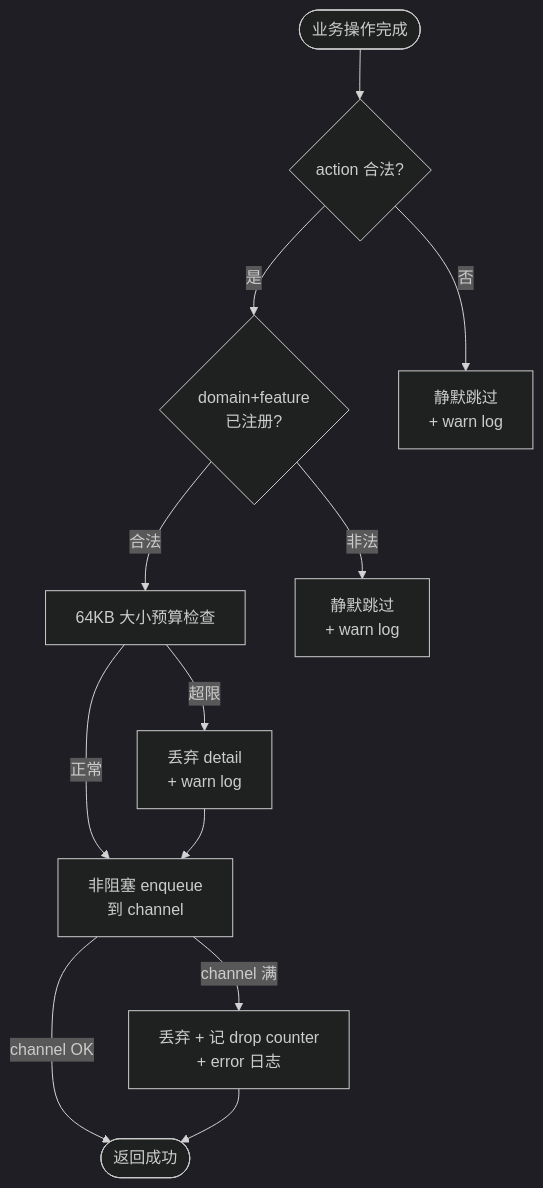
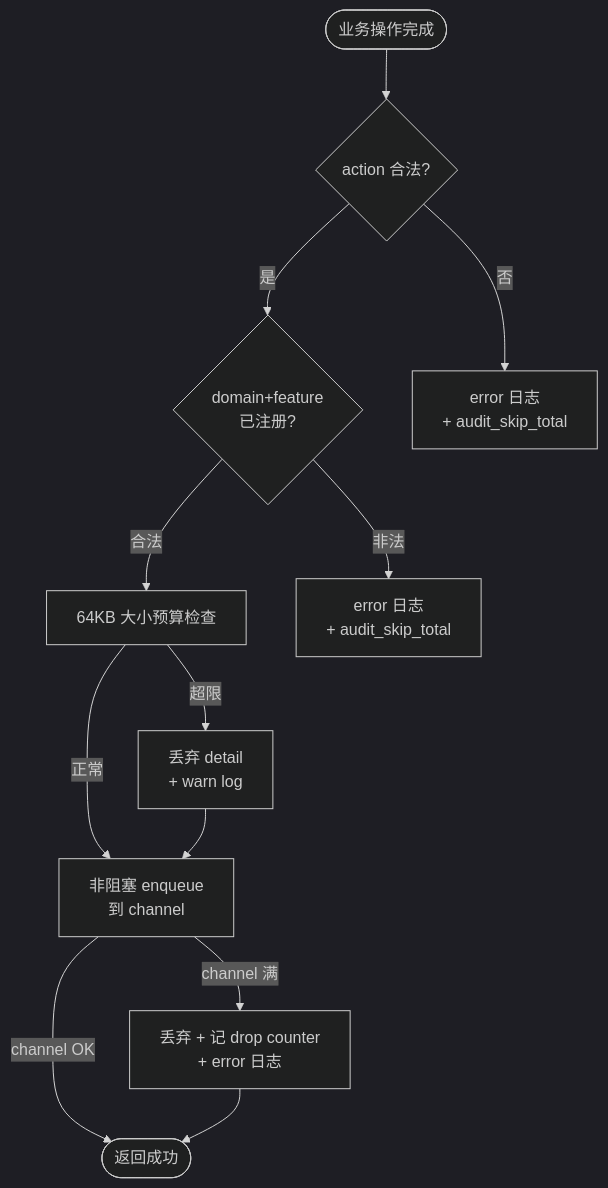
The first of 4 diagrams in specs/20260626-Wave-Feat-AddAuditLog/04-detail-pg.md (qinwenshiCH/workflow), drawn with Mermaid (dark theme) before and after one commit. The commit also changed other lines of this file and 4 other files, not shown here.

````diff
--- a/specs/20260626-Wave-Feat-AddAuditLog/04-detail-pg.md
+++ b/specs/20260626-Wave-Feat-AddAuditLog/04-detail-pg.md
@@ -486,17 +482,17 @@
 ```mermaid
 flowchart TD
     Start([业务操作完成]) --> Check{action 合法?}
     Check -->|是| Validate{domain+feature<br/>已注册?}
-    Check -->|否| Skip1[静默跳过<br/>+ warn log]
+    Check -->|否| Skip1[error 日志<br/>+ audit_skip_total]
 
     Validate -->|合法| CheckSize[64KB 大小预算检查]
-    Validate -->|非法| Skip2[静默跳过<br/>+ warn log]
+    Validate -->|非法| Skip2[error 日志<br/>+ audit_skip_total]
 
     CheckSize -->|超限| DropDetail[丢弃 detail<br/>+ warn log]
     CheckSize -->|正常| Enqueue[非阻塞 enqueue<br/>到 channel]
     DropDetail --> Enqueue
 
     Enqueue -->|channel OK| Done([返回成功])
     Enqueue -->|channel 满| Drop[丢弃 + 记 drop counter<br/>+ error 日志]
     Drop --> Done
 ```
````
